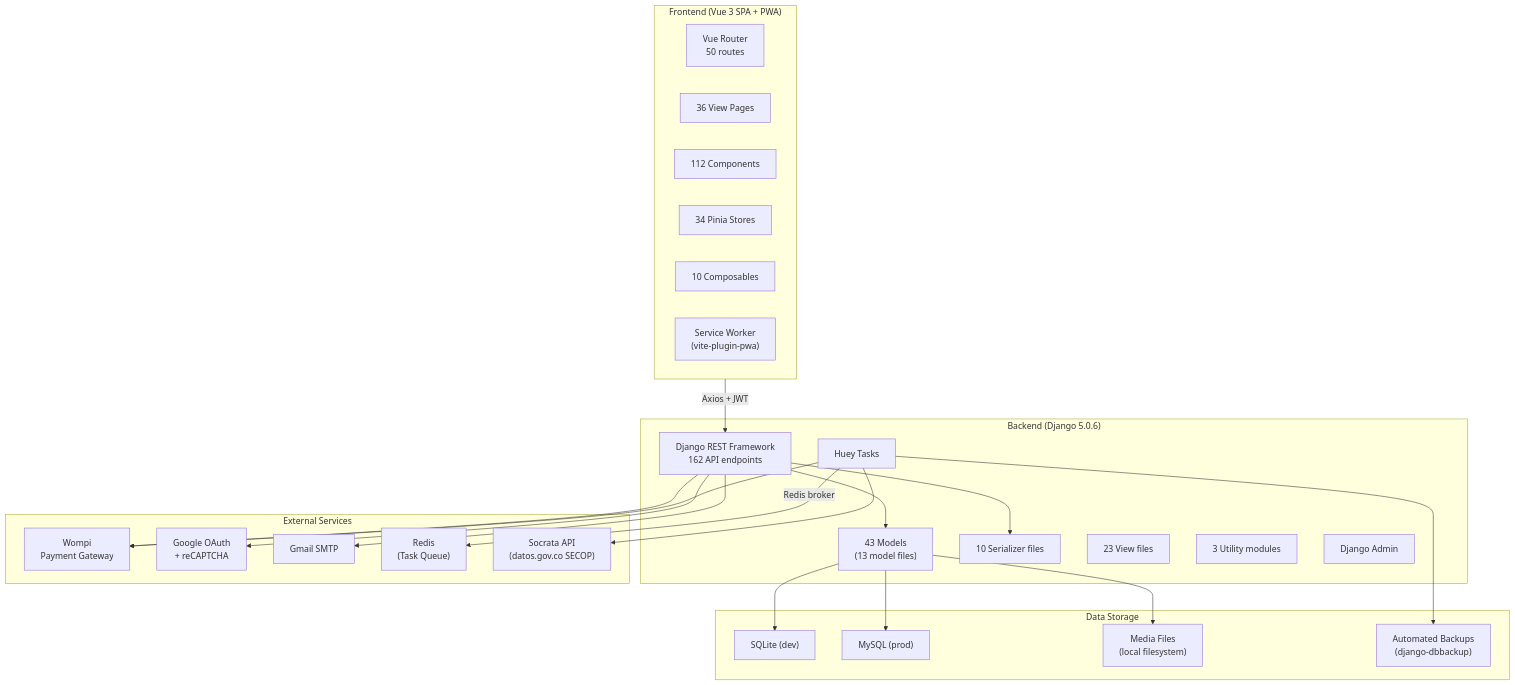
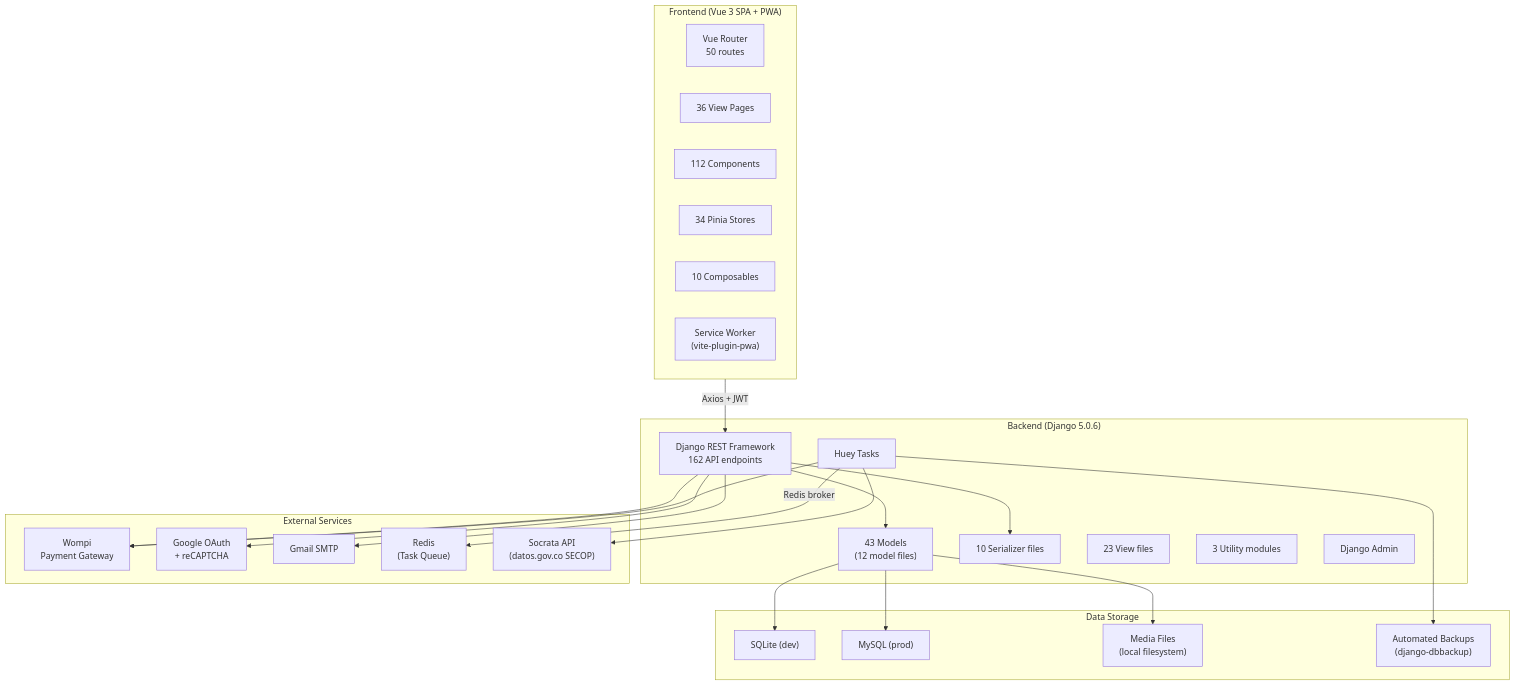
One commit to carlos18bp/gym_project changed the first of 8 diagrams in docs/methodology/architecture.md. Above: the diagram before and after it, drawn with Mermaid. The commit also changed other lines of this file and 6 other files, not shown here.

````diff
--- a/docs/methodology/architecture.md
+++ b/docs/methodology/architecture.md
@@ -5,50 +5,50 @@
 ```mermaid
 flowchart TB
     subgraph Client["Frontend (Vue 3 SPA + PWA)"]
         Router["Vue Router\n50 routes"]
         Views["36 View Pages"]
         Components["112 Components"]
         Stores["34 Pinia Stores"]
         Composables["10 Composables"]
         SW["Service Worker\n(vite-plugin-pwa)"]
     end
 
     subgraph Server["Backend (Django 5.0.6)"]
         DRF["Django REST Framework\n162 API endpoints"]
-        Models["43 Models\n(13 model files)"]
+        Models["43 Models\n(12 model files)"]
         Serializers["10 Serializer files"]
         Views_BE["23 View files"]
         Utils["3 Utility modules"]
         Tasks["Huey Tasks"]
         Admin["Django Admin"]
     end
 
     subgraph External["External Services"]
         Wompi["Wompi\nPayment Gateway"]
         Google["Google OAuth\n+ reCAPTCHA"]
         SMTP["Gmail SMTP"]
         Redis["Redis\n(Task Queue)"]
         Socrata["Socrata API\n(datos.gov.co SECOP)"]
     end
 
     subgraph Storage["Data Storage"]
         DB_Dev["SQLite (dev)"]
         DB_Prod["MySQL (prod)"]
         Media["Media Files\n(local filesystem)"]
         Backups["Automated Backups\n(django-dbbackup)"]
     end
 
     Client -->|"Axios + JWT"| DRF
     DRF --> Models
     DRF --> Serializers
     Models --> DB_Dev
     Models --> DB_Prod
     Models --> Media
     Tasks -->|"Redis broker"| Redis
     Tasks --> Wompi
     Tasks --> Backups
     DRF --> SMTP
     DRF --> Google
     DRF --> Wompi
     Tasks --> Socrata
 ```
````
